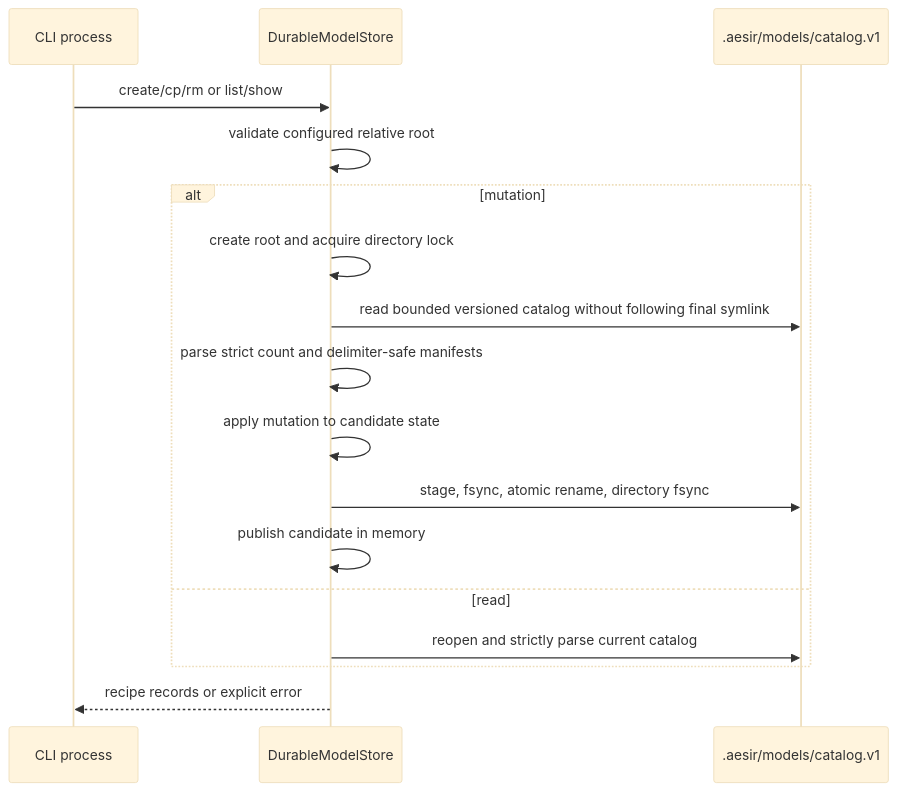
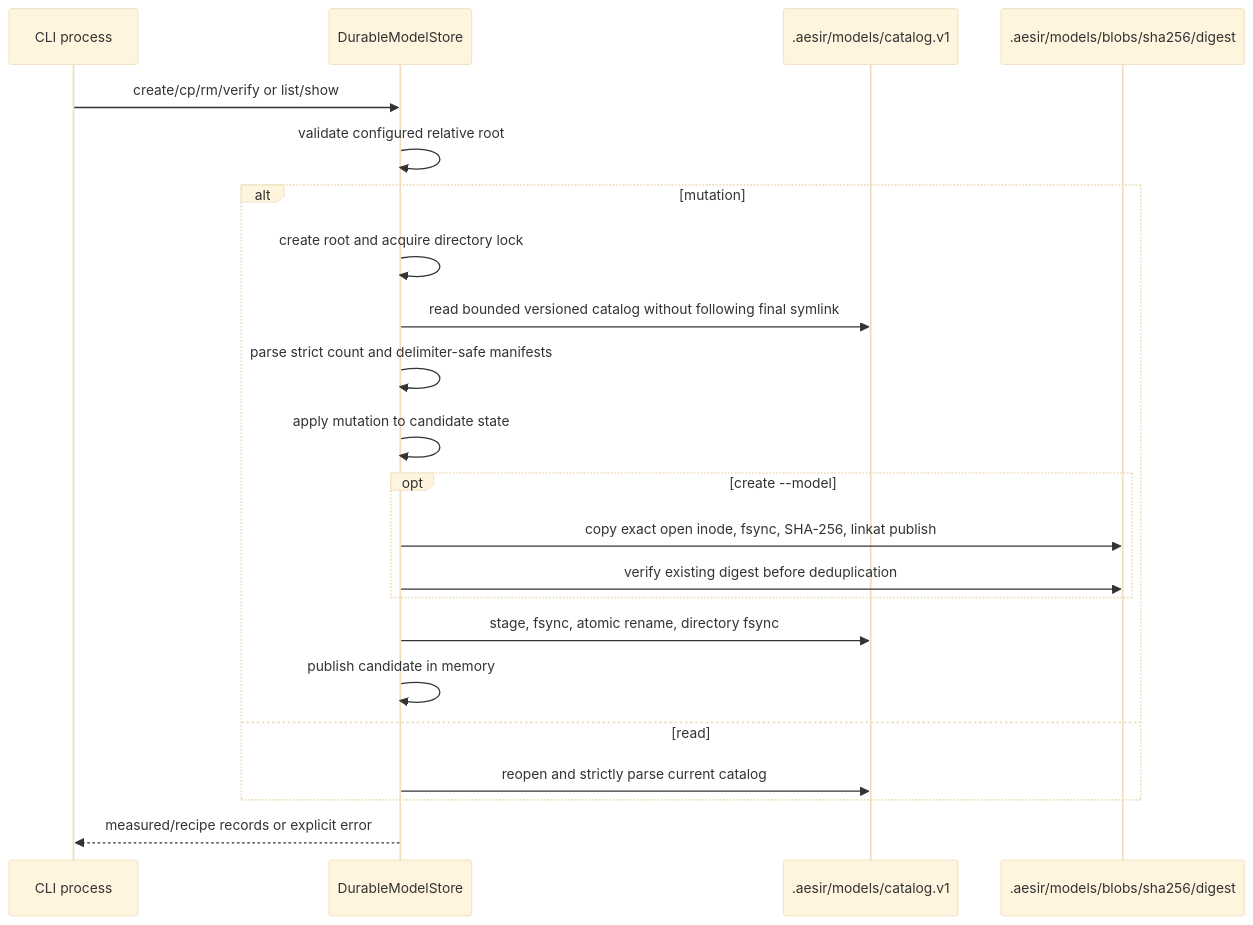
The sixth of 7 diagrams in docs/DATA_FLOW.md (hrabanazviking/RuneForgeAI-Project-Aesir), drawn with Mermaid (base theme) before and after one commit. The commit also changed other lines of this file and 24 other files, not shown here.

````diff
--- a/docs/DATA_FLOW.md
+++ b/docs/DATA_FLOW.md
@@ -156,20 +156,25 @@
 ```mermaid
 sequenceDiagram
     participant C as CLI process
     participant D as DurableModelStore
     participant F as .aesir/models/catalog.v1
+    participant B as .aesir/models/blobs/sha256/digest
 
-    C->>D: create/cp/rm or list/show
+    C->>D: create/cp/rm/verify or list/show
     D->>D: validate configured relative root
     alt mutation
         D->>D: create root and acquire directory lock
         D->>F: read bounded versioned catalog without following final symlink
         D->>D: parse strict count and delimiter-safe manifests
         D->>D: apply mutation to candidate state
+        opt create --model
+            D->>B: copy exact open inode, fsync, SHA-256, linkat publish
+            D->>B: verify existing digest before deduplication
+        end
         D->>F: stage, fsync, atomic rename, directory fsync
         D->>D: publish candidate in memory
     else read
         D->>F: reopen and strictly parse current catalog
     end
-    D-->>C: recipe records or explicit error
+    D-->>C: measured/recipe records or explicit error
 ```
````
